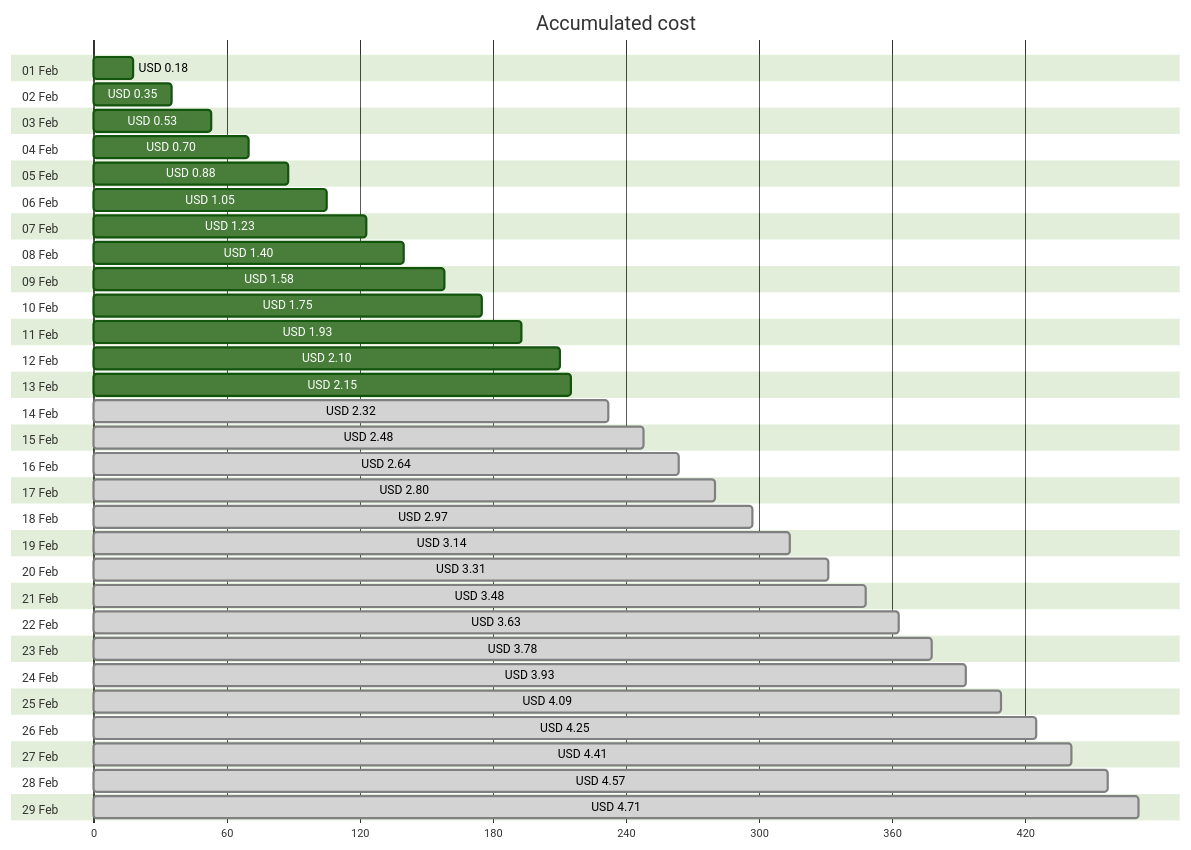
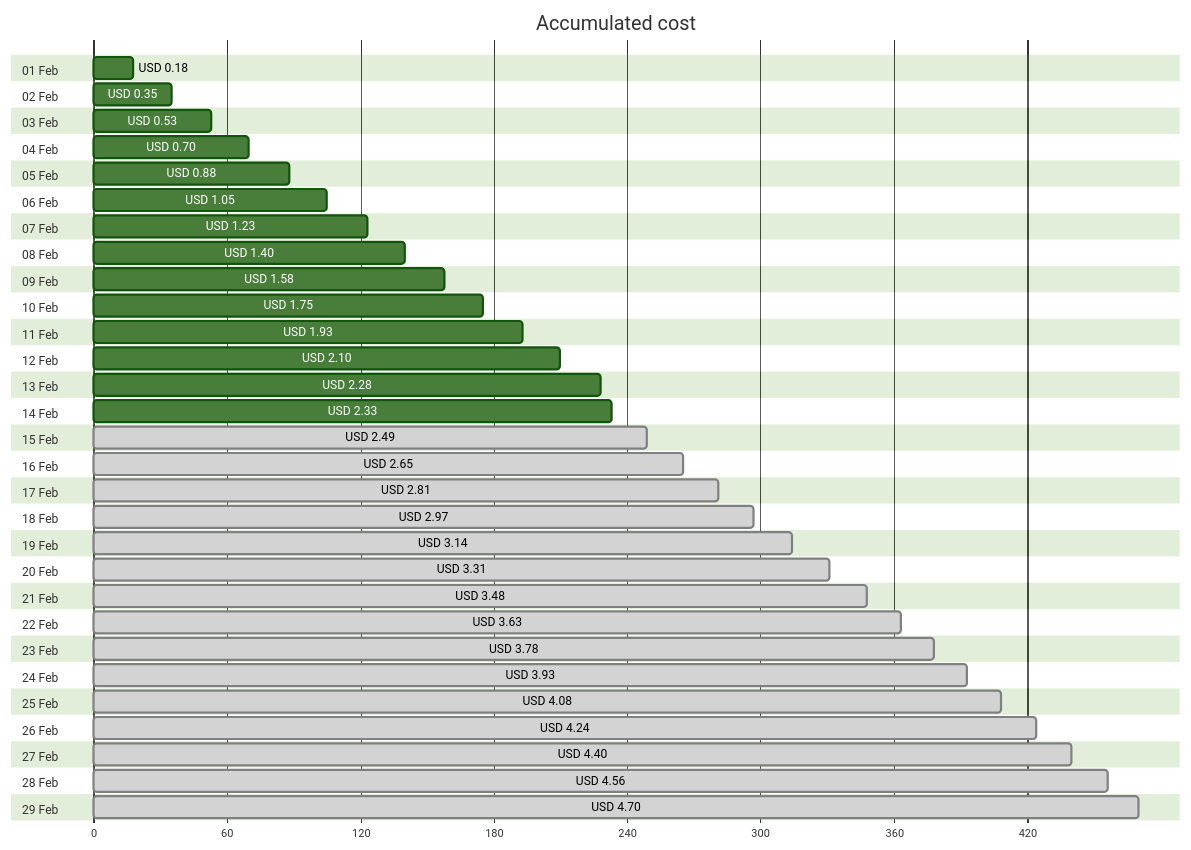
Before and after one commit to jpfulton/azure-personal-reports: the first of 4 diagrams in cost-reports/personal-network/backup-server.md, drawn with Mermaid (forest theme). The commit also changed other lines of this file and 8 other files, not shown here.

````diff
--- a/cost-reports/personal-network/backup-server.md
+++ b/cost-reports/personal-network/backup-server.md
@@ -20,64 +20,64 @@
 ```mermaid
 gantt
    title Accumulated cost
    dateFormat  X
    axisFormat %s
    section 01 Feb
    USD 0.18 :0, 18
    section 02 Feb
    USD 0.35 :0, 35
    section 03 Feb
    USD 0.53 :0, 53
    section 04 Feb
    USD 0.70 :0, 70
    section 05 Feb
    USD 0.88 :0, 88
    section 06 Feb
    USD 1.05 :0, 105
    section 07 Feb
    USD 1.23 :0, 123
    section 08 Feb
    USD 1.40 :0, 140
    section 09 Feb
    USD 1.58 :0, 158
    section 10 Feb
    USD 1.75 :0, 175
    section 11 Feb
    USD 1.93 :0, 193
    section 12 Feb
    USD 2.10 :0, 210
    section 13 Feb
-   USD 2.15 :0, 215
+   USD 2.28 :0, 228
    section 14 Feb
-   USD 2.32 : done, 0, 232
+   USD 2.33 :0, 233
    section 15 Feb
-   USD 2.48 : done, 0, 248
+   USD 2.49 : done, 0, 249
    section 16 Feb
-   USD 2.64 : done, 0, 264
+   USD 2.65 : done, 0, 265
    section 17 Feb
-   USD 2.80 : done, 0, 280
+   USD 2.81 : done, 0, 281
    section 18 Feb
    USD 2.97 : done, 0, 297
    section 19 Feb
    USD 3.14 : done, 0, 314
    section 20 Feb
    USD 3.31 : done, 0, 331
    section 21 Feb
    USD 3.48 : done, 0, 348
    section 22 Feb
    USD 3.63 : done, 0, 363
    section 23 Feb
    USD 3.78 : done, 0, 378
    section 24 Feb
    USD 3.93 : done, 0, 393
    section 25 Feb
-   USD 4.09 : done, 0, 409
+   USD 4.08 : done, 0, 408
    section 26 Feb
-   USD 4.25 : done, 0, 425
+   USD 4.24 : done, 0, 424
    section 27 Feb
-   USD 4.41 : done, 0, 441
+   USD 4.40 : done, 0, 440
    section 28 Feb
-   USD 4.57 : done, 0, 457
+   USD 4.56 : done, 0, 456
    section 29 Feb
-   USD 4.71 : done, 0, 471
+   USD 4.70 : done, 0, 470
 ```
````
